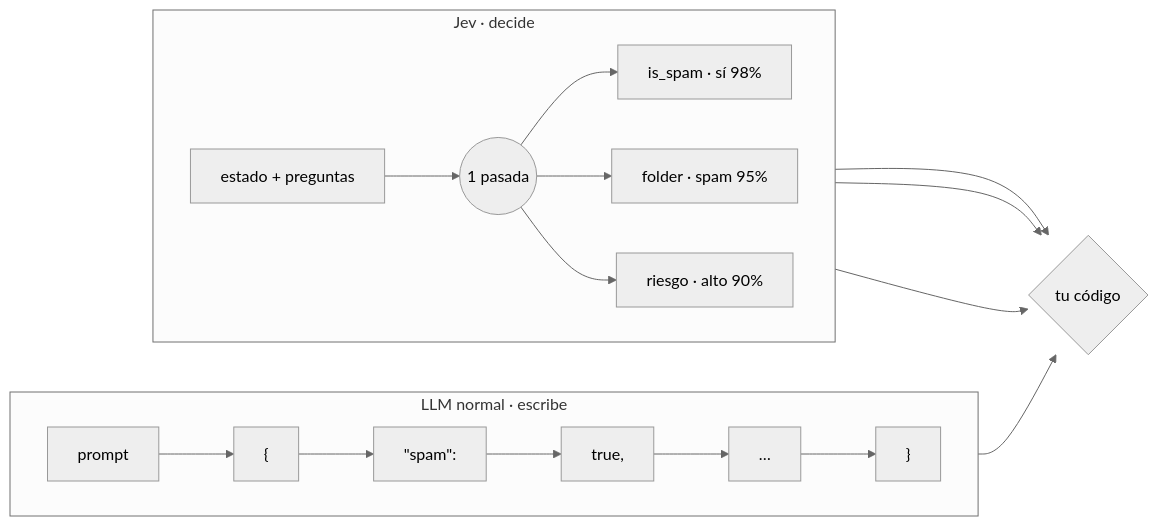
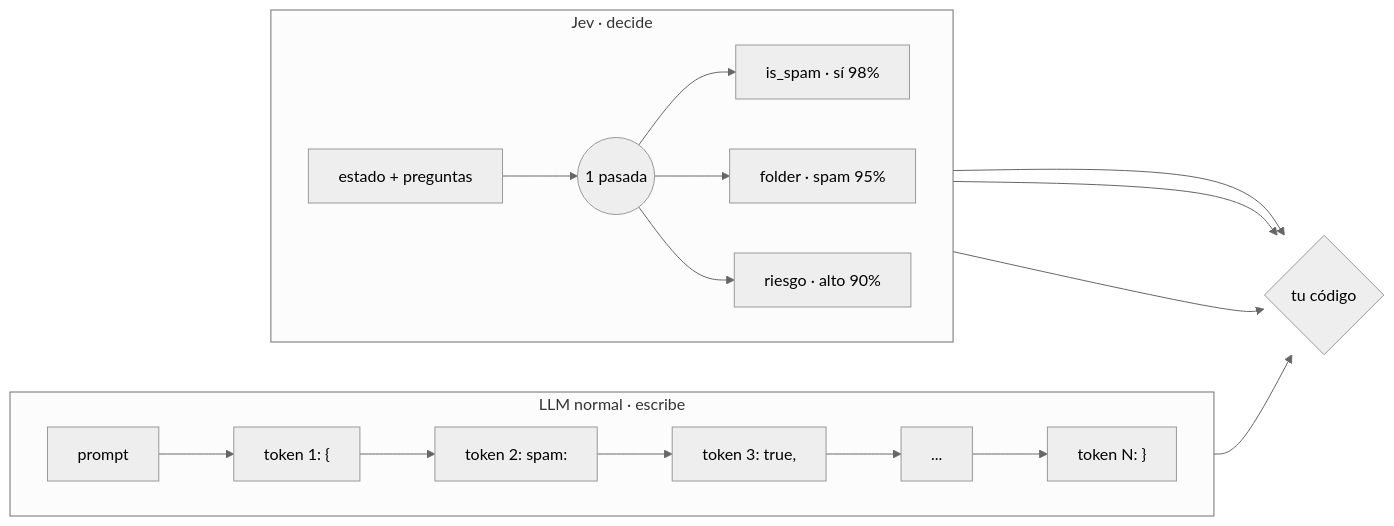
Before and after one commit to damiangilgonzalez1995/jev-test: the first of 2 diagrams in README.md, drawn with Mermaid (neutral theme).

Commit message:
README: arregla el diagrama Mermaid que GitHub no podía dibujar
Claude-Session: https://claude.ai/code/session_01HfNVCPt6hVLLpdhokAdXpo

````diff
--- a/README.md
+++ b/README.md
@@ -16,18 +16,18 @@
 ```mermaid
 flowchart LR
     subgraph LLM["LLM normal · escribe"]
         direction LR
-        P[prompt] --> T1["{"] --> T2["&quot;spam&quot;:"] --> T3["true,"] --> T4["…"] --> T5["}"]
+        P["prompt"] --> T1["token 1: {"] --> T2["token 2: spam:"] --> T3["token 3: true,"] --> T4["..."] --> T5["token N: }"]
     end
     subgraph JEV["Jev · decide"]
         direction LR
-        S[estado + preguntas] --> J((1 pasada))
+        S["estado + preguntas"] --> J(("1 pasada"))
         J --> A["is_spam · sí 98%"]
         J --> B["folder · spam 95%"]
         J --> C["riesgo · alto 90%"]
     end
-    T5 --> D{tu código}
+    T5 --> D{"tu código"}
     A --> D
     B --> D
     C --> D
 ```
````
